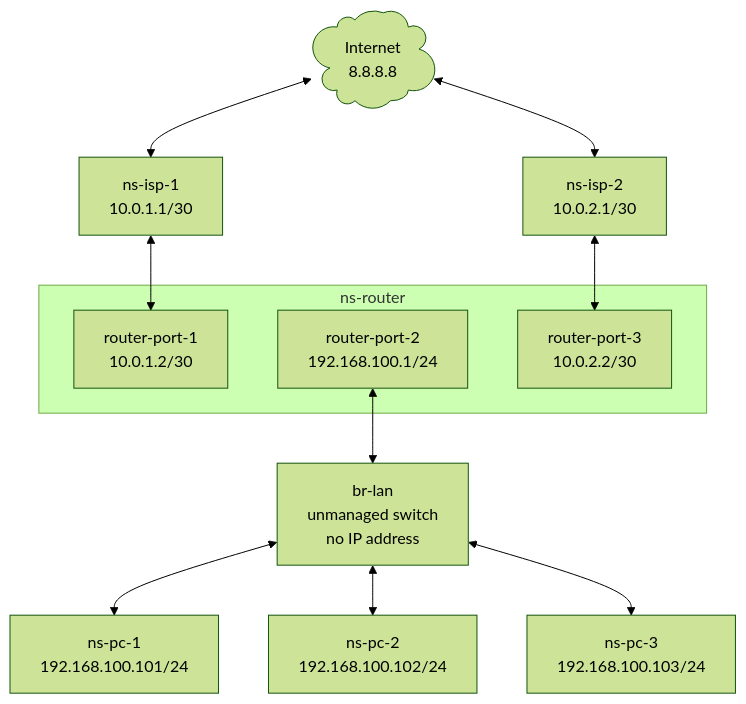
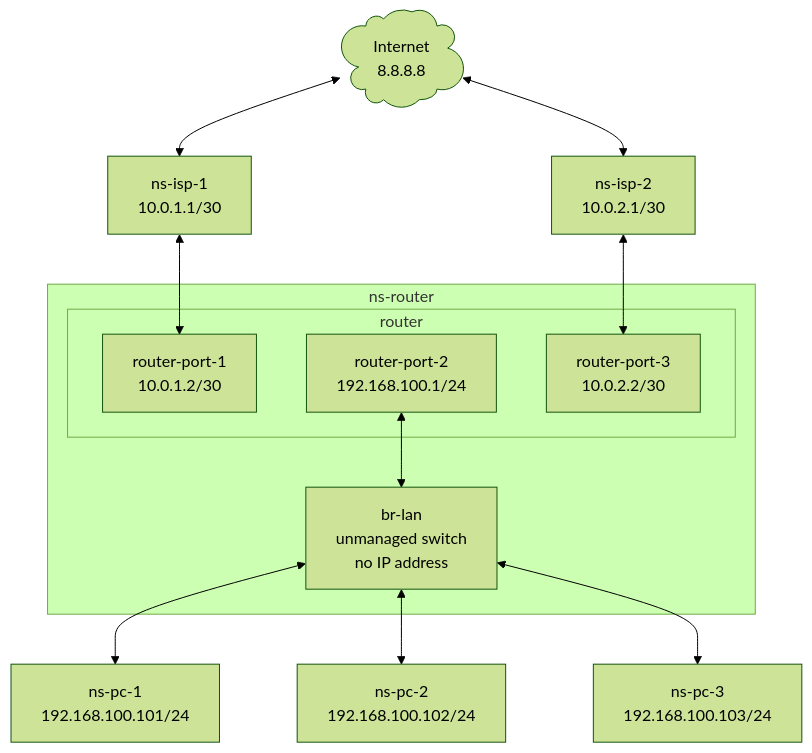
Before and after one commit to twdamhore/virtual-switch-lab: the diagram in docs/01-policy-routing.md, drawn with Mermaid (forest theme).

Commit message:
Refactor router and switch diagram structure

````diff
--- a/docs/01-policy-routing.md
+++ b/docs/01-policy-routing.md
@@ -34,26 +34,27 @@
 ```mermaid
 graph TB
     Internet@{ label: "Internet<br>8.8.8.8", shape: cloud }
     ISP_1["ns-isp-1<br>10.0.1.1/30"]
     ISP_2["ns-isp-2<br>10.0.2.1/30"]
     subgraph "ns-router"
-        ROUTER_PORT_1["router-port-1<br>10.0.1.2/30"]
-        ROUTER_PORT_2["router-port-2<br>192.168.100.1/24"]
-        ROUTER_PORT_3["router-port-3<br>10.0.2.2/30"]
+        subgraph "router"
+            ROUTER_PORT_1["router-port-1<br>10.0.1.2/30"]
+            ROUTER_PORT_2["router-port-2<br>192.168.100.1/24"]
+            ROUTER_PORT_3["router-port-3<br>10.0.2.2/30"]
+        end
+        SWITCH["br-lan<br>unmanaged switch<br>no IP address"]        
     end
-    SWITCH["br-lan<br>unmanaged switch<br>no IP address"]
 
     PC_1["ns-pc-1<br>192.168.100.101/24"]
     PC_2["ns-pc-2<br>192.168.100.102/24"]
     PC_3["ns-pc-3<br>192.168.100.103/24"]
     
     Internet <--> ISP_1
     Internet <--> ISP_2
     ISP_1 <--> ROUTER_PORT_1
     ISP_2 <--> ROUTER_PORT_3
     ROUTER_PORT_2 <--> SWITCH
     SWITCH <--> PC_1
     SWITCH <--> PC_2
     SWITCH <--> PC_3
-    
 ```
````
